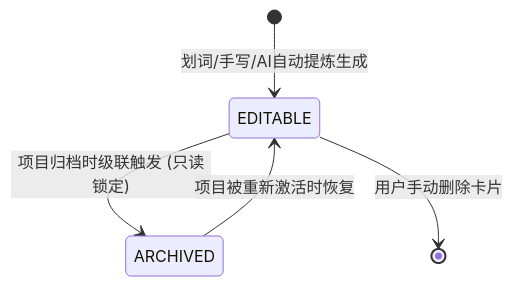
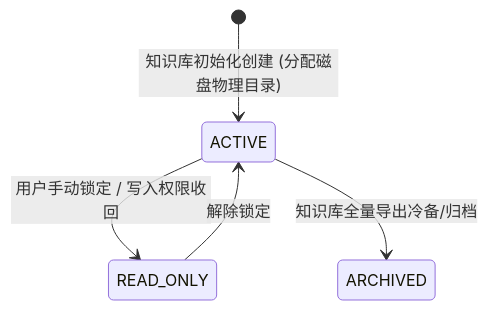
One commit to shanglihong/i-have-a-plan changed the eighth of 11 diagrams in docs/04_interaction_design/flow_state_spec-v1.0.md. Above: the diagram before and after it, drawn with Mermaid. The commit also changed other lines of this file and 1 other file, not shown here.

Commit message:
docs: update flow state specification and add new flow UX design document

````diff
--- a/docs/04_interaction_design/flow_state_spec-v1.0.md
+++ b/docs/04_interaction_design/flow_state_spec-v1.0.md
@@ -104,7 +183,7 @@
 ```mermaid
 stateDiagram-v2
-    [*] --> EDITABLE : 划词/手写/AI自动提炼生成
-    EDITABLE --> ARCHIVED : 项目归档时级联触发 (只读锁定)
-    ARCHIVED --> EDITABLE : 项目被重新激活时恢复
-    EDITABLE --> [*] : 用户手动删除卡片
+    [*] --> ACTIVE : 知识库初始化创建 (分配磁盘物理目录)
+    ACTIVE --> READ_ONLY : 用户手动锁定 / 写入权限收回
+    READ_ONLY --> ACTIVE : 解除锁定
+    ACTIVE --> ARCHIVED : 知识库全量导出冷备/归档
 ```
````
